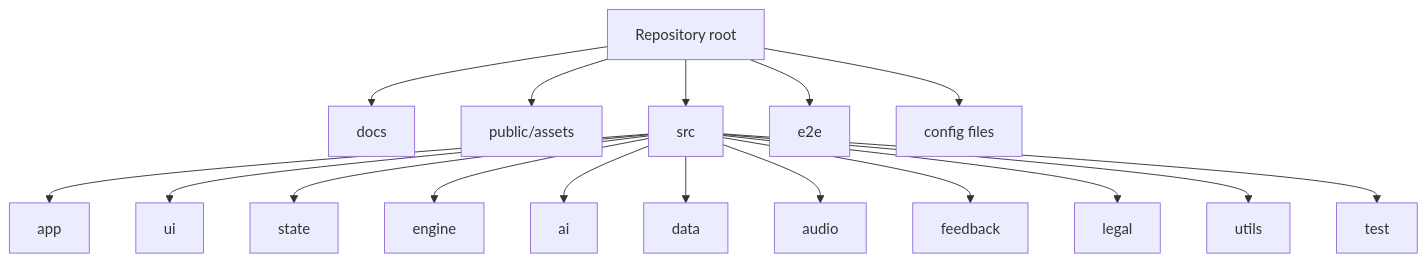
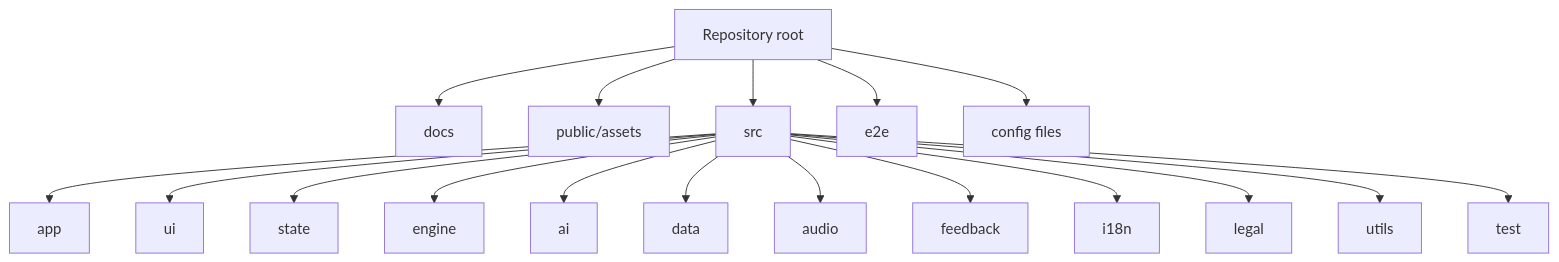
Before and after one commit to tnordsiek/down_in_the_dragons_lair: the third of 3 diagrams in docs/project-guide.md, drawn with Mermaid. The commit also changed other lines of this file and 1 other file, not shown here.

````diff
--- a/docs/project-guide.md
+++ b/docs/project-guide.md
@@ -333,20 +337,21 @@
 ```mermaid
 flowchart TD
     ROOT["Repository root"] --> DOCS["docs"]
     ROOT --> PUBLIC["public/assets"]
     ROOT --> SRC["src"]
     ROOT --> E2E["e2e"]
     ROOT --> CFG["config files"]
 
     SRC --> APP["app"]
     SRC --> UI["ui"]
     SRC --> STATE["state"]
     SRC --> ENGINE["engine"]
     SRC --> AI["ai"]
     SRC --> DATA["data"]
     SRC --> AUDIO["audio"]
     SRC --> FEEDBACK["feedback"]
+    SRC --> I18N["i18n"]
     SRC --> LEGAL["legal"]
     SRC --> UTILS["utils"]
     SRC --> TEST["test"]
 ```
````
